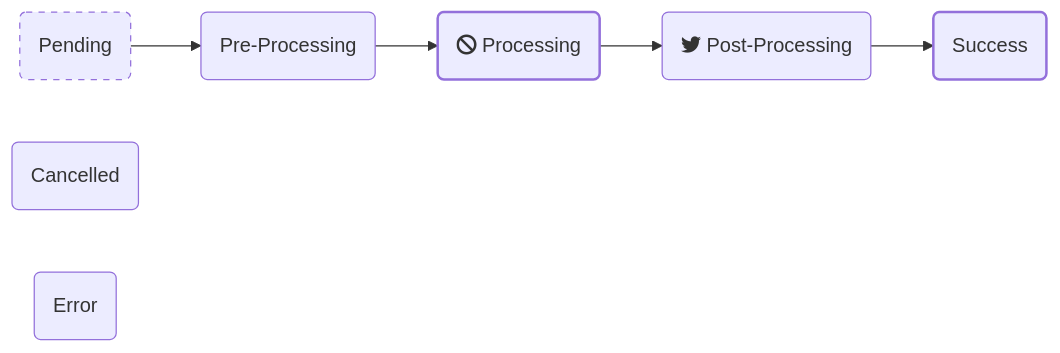
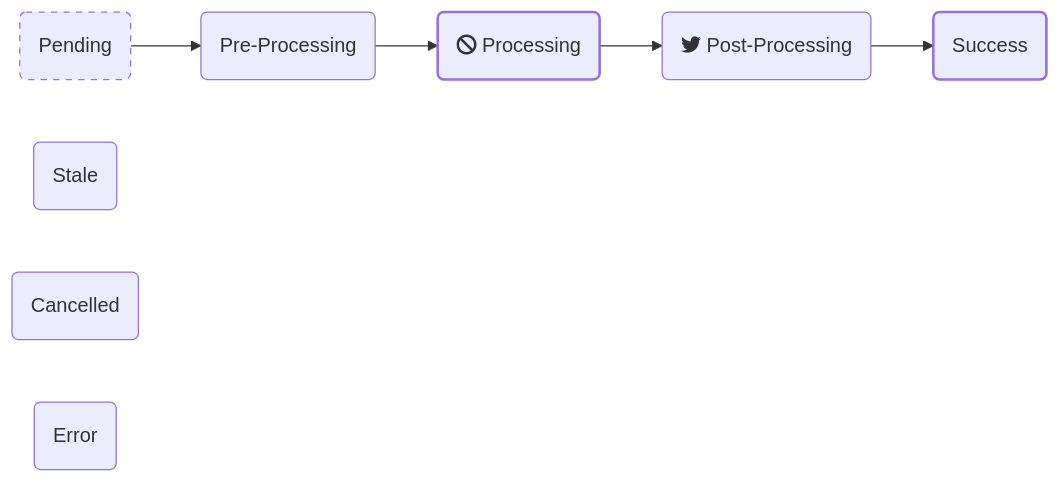
One commit to taskbadger/taskbadger-docs changed the diagram in docs/data_model.md. Above: the diagram before and after it, drawn with Mermaid. The commit also changed other lines of this file, not shown here.

````diff
--- a/docs/data_model.md
+++ b/docs/data_model.md
@@ -76,13 +91,14 @@
 ```mermaid
 flowchart LR
     p(Pending) --> prep(Pre-Processing)
     prep --> pro(fa:fa-ban Processing)
     pro --> post(fab:fa-twitter Post-Processing)
     post --> s(Success)
     style p stroke-dasharray: 5 5
     style pro stroke-width:2px
     style s stroke-width:2px
     
+    st(Stale)
     c(Cancelled)
     e(Error)
 ```
````
